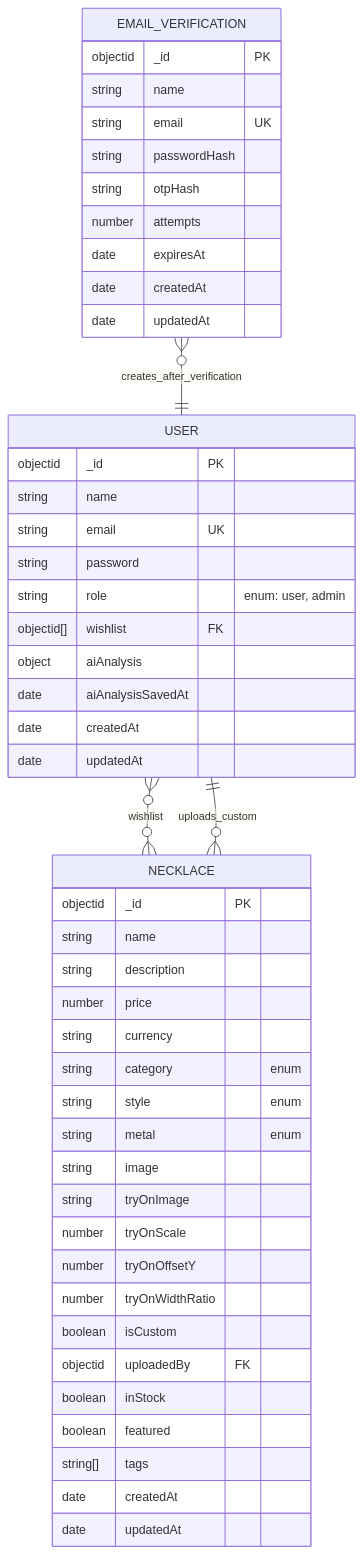
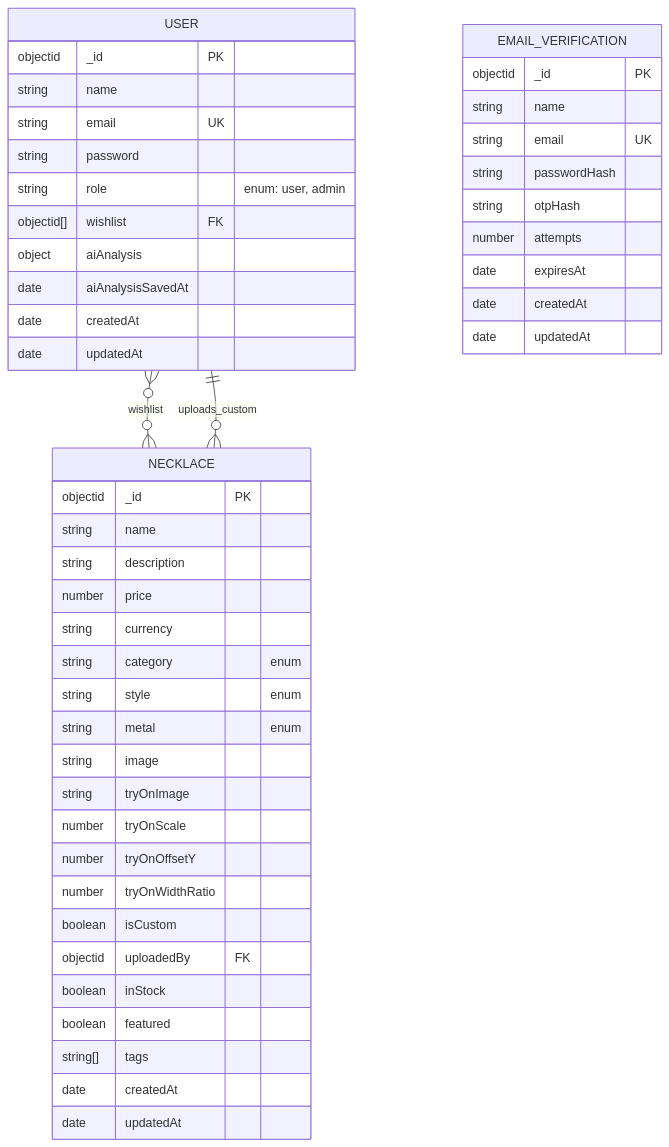
Before and after one commit to tiaoueiss/lumiere: the second of 6 diagrams in docs/uml-diagrams.md, drawn with Mermaid. The commit also changed other lines of this file, not shown here.

````diff
--- a/docs/uml-diagrams.md
+++ b/docs/uml-diagrams.md
@@ -43,54 +47,53 @@
 ```mermaid
 erDiagram
   USER {
     objectid _id PK
     string name
     string email UK
     string password
     string role "enum: user, admin"
     objectid[] wishlist FK
     object aiAnalysis
     date aiAnalysisSavedAt
     date createdAt
     date updatedAt
   }
 
   NECKLACE {
     objectid _id PK
     string name
     string description
     number price
     string currency
     string category "enum"
     string style "enum"
     string metal "enum"
     string image
     string tryOnImage
     number tryOnScale
     number tryOnOffsetY
     number tryOnWidthRatio
     boolean isCustom
     objectid uploadedBy FK
     boolean inStock
     boolean featured
     string[] tags
     date createdAt
     date updatedAt
   }
 
   EMAIL_VERIFICATION {
     objectid _id PK
     string name
     string email UK
     string passwordHash
     string otpHash
     number attempts
     date expiresAt
     date createdAt
     date updatedAt
   }
 
   USER }o--o{ NECKLACE : wishlist
   USER ||--o{ NECKLACE : uploads_custom
-  EMAIL_VERIFICATION }o--|| USER : creates_after_verification
 ```
````
